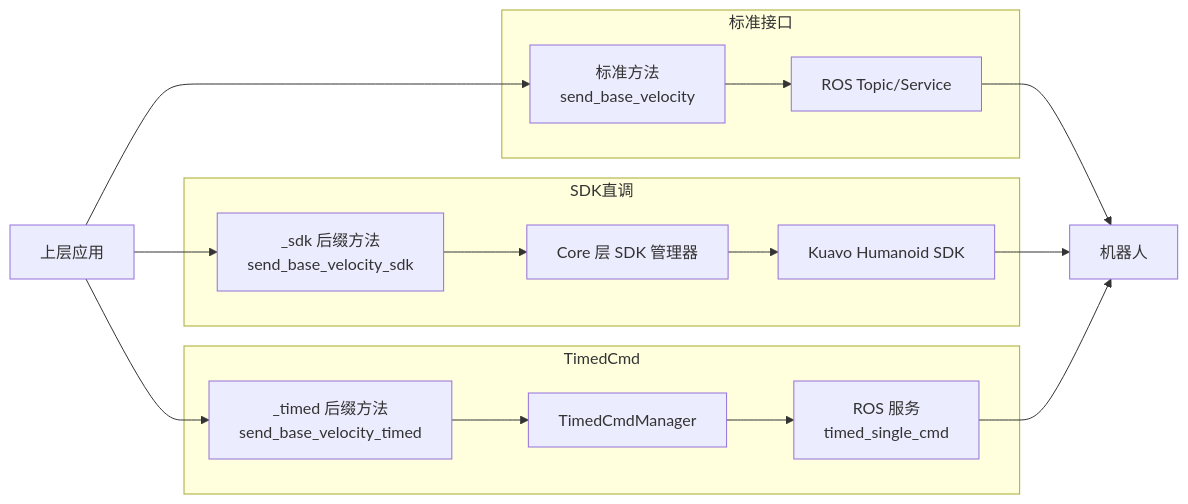
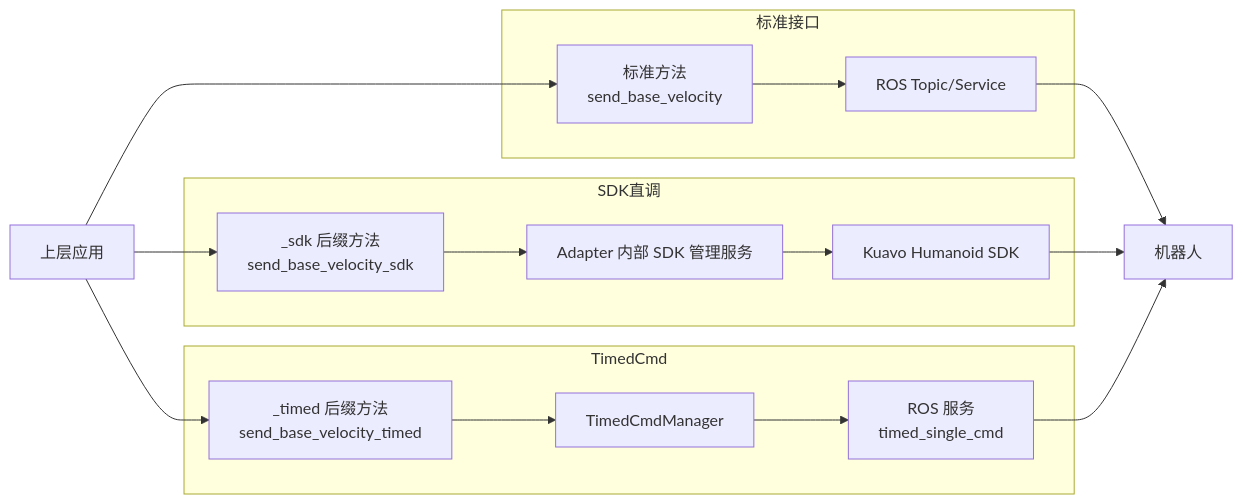
One commit to LejuRobotics/letools_opensource changed the fourth of 5 diagrams in adapters/hardware/leju_wheeled/README.md. Above: the diagram before and after it, drawn with Mermaid. The commit also changed other lines of this file and 100 other files, not shown here.

````diff
--- a/adapters/hardware/leju_wheeled/README.md
+++ b/adapters/hardware/leju_wheeled/README.md
@@ -269,27 +269,27 @@
 ```mermaid
 flowchart LR
     User[上层应用]
 
     subgraph 标准接口
         StdAPI[标准方法\nsend_base_velocity]
         Topic[ROS Topic/Service]
     end
 
     subgraph SDK直调
         SDKAPI[_sdk 后缀方法\nsend_base_velocity_sdk]
-        SDKMgr[Core 层 SDK 管理器]
+        SDKMgr[Adapter 内部 SDK 管理服务]
         SDK[Kuavo Humanoid SDK]
     end
 
     subgraph TimedCmd
         TimedAPI[_timed 后缀方法\nsend_base_velocity_timed]
         TimedMgr[TimedCmdManager]
         TimedSvc[ROS 服务\ntimed_single_cmd]
     end
 
     Robot[机器人]
 
     User --> StdAPI --> Topic --> Robot
     User --> SDKAPI --> SDKMgr --> SDK --> Robot
     User --> TimedAPI --> TimedMgr --> TimedSvc --> Robot
 ```
````
